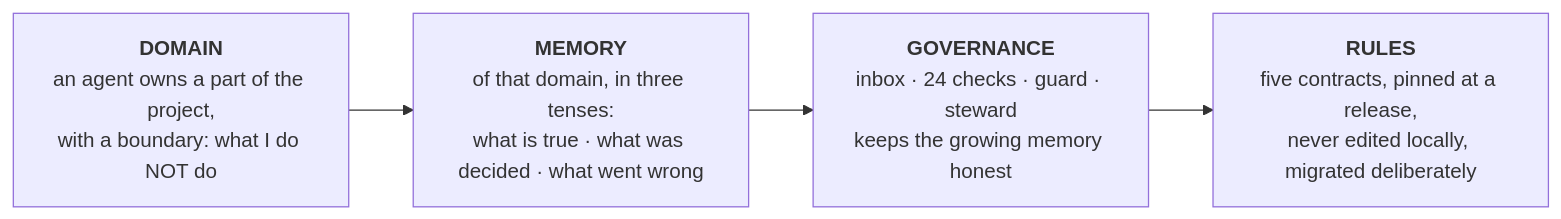
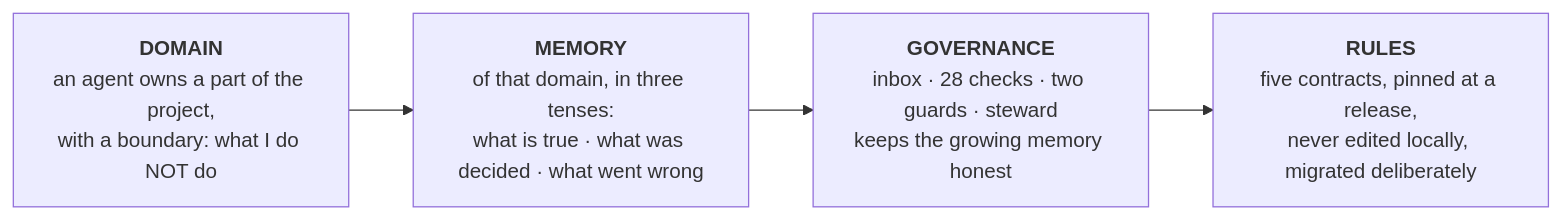
The diagram in README.md (CritosAI/critos), drawn with Mermaid before and after one commit. The commit also changed other lines of this file and 1 other file, not shown here.

First line of the commit message:
docs(system): the changelog row of 1.2.0, and twenty-eight checks

````diff
--- a/README.md
+++ b/README.md
@@ -83,8 +83,8 @@
 ```mermaid
 flowchart LR
     D["<b>DOMAIN</b><br/>an agent owns a part of the project,<br/>with a boundary: what I do NOT do"]
     M["<b>MEMORY</b><br/>of that domain, in three tenses:<br/>what is true · what was decided · what went wrong"]
-    G["<b>GOVERNANCE</b><br/>inbox · 24 checks · guard · steward<br/>keeps the growing memory honest"]
+    G["<b>GOVERNANCE</b><br/>inbox · 28 checks · two guards · steward<br/>keeps the growing memory honest"]
     R["<b>RULES</b><br/>five contracts, pinned at a release,<br/>never edited locally, migrated deliberately"]
     D --> M --> G --> R
 ```
````
